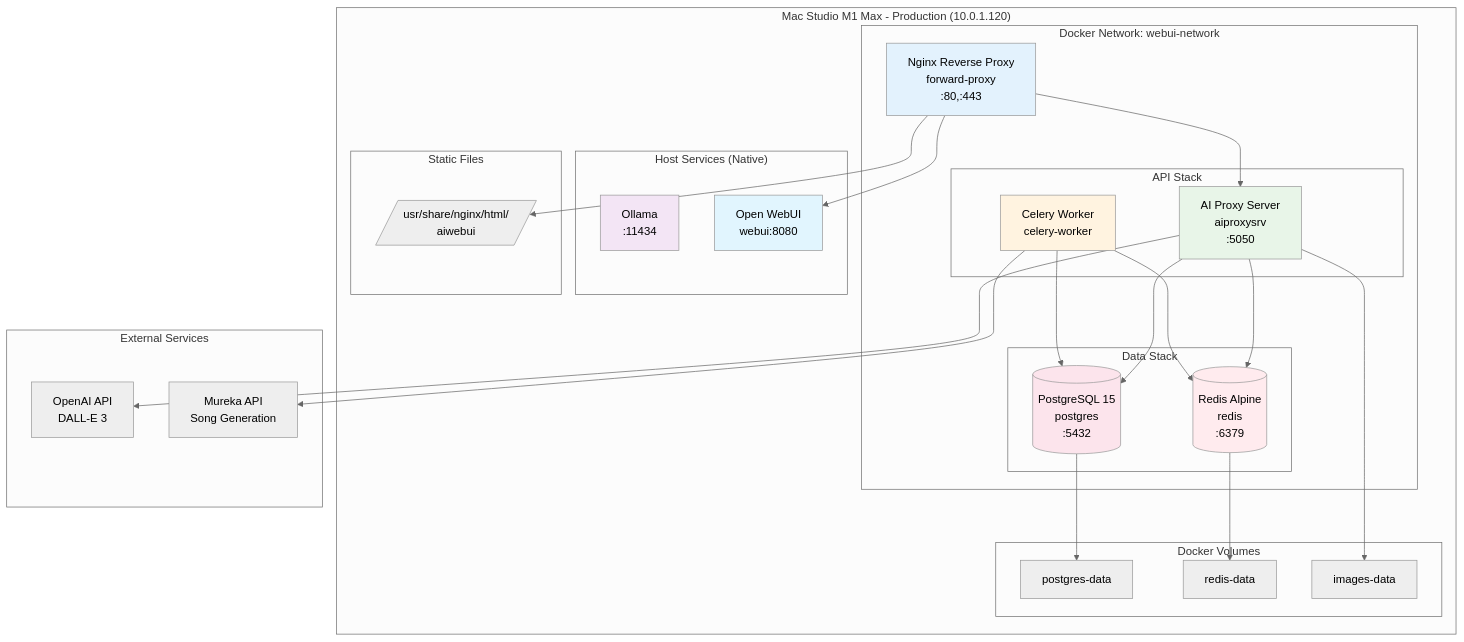
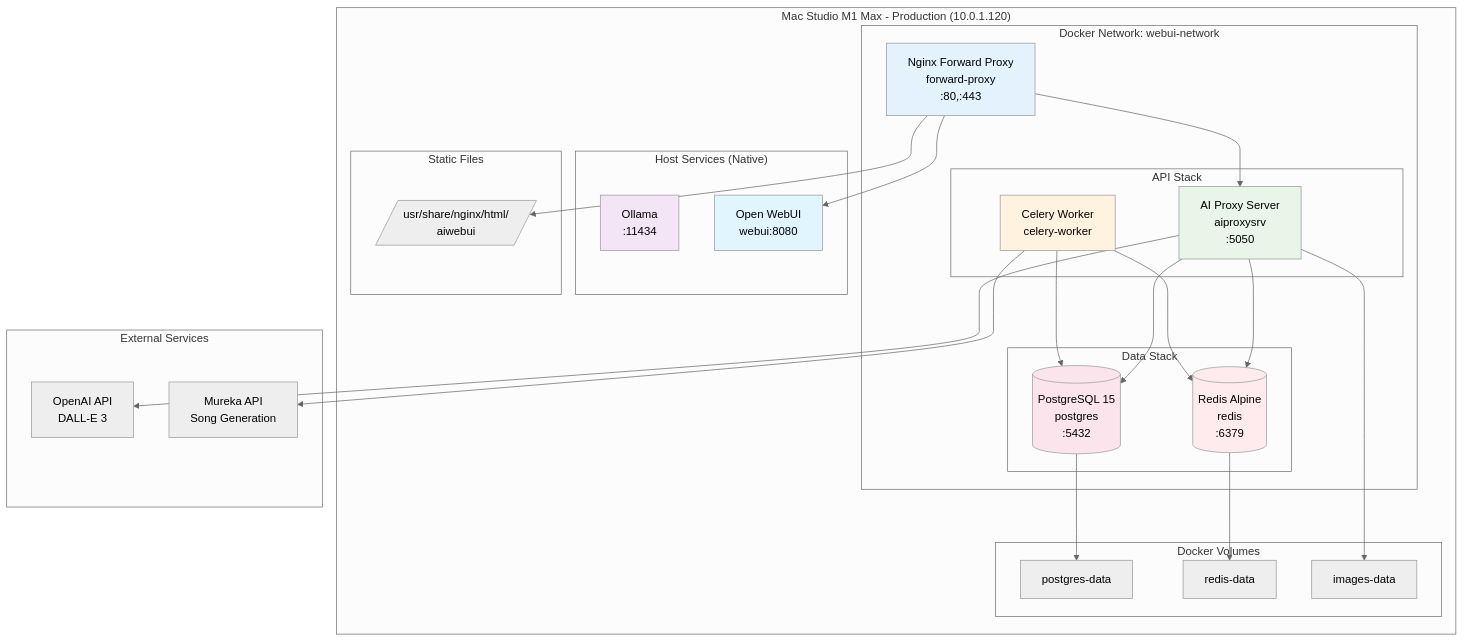
Before and after one commit to rwellinger/thwelly_ai_tools: the diagram in docs/9.2_produktions_deployment.mmd, drawn with Mermaid (neutral theme). The commit also changed 9 other files, not shown here.

```diff
--- a/docs/9.2_produktions_deployment.mmd
+++ b/docs/9.2_produktions_deployment.mmd
@@ -1,60 +1,60 @@
 graph TB
     subgraph "Mac Studio M1 Max - Production (10.0.1.120)"
         subgraph "Docker Network: webui-network"
-            NGINX[Nginx Reverse Proxy<br/>forward-proxy<br/>:80,:443]
+            NGINX[Nginx Forward Proxy<br/>forward-proxy<br/>:80,:443]
 
             subgraph "API Stack"
                 API_CONTAINER[AI Proxy Server<br/>aiproxysrv<br/>:5050]
                 WORKER_CONTAINER[Celery Worker<br/>celery-worker]
             end
 
             subgraph "Data Stack"
                 PROD_PG[(PostgreSQL 15<br/>postgres<br/>:5432)]
                 PROD_REDIS[(Redis Alpine<br/>redis<br/>:6379)]
             end
         end
 
         subgraph "Host Services (Native)"
             OLLAMA_HOST[Ollama<br/>:11434]
             WEBUI_HOST[Open WebUI<br/>webui:8080]
         end
 
         subgraph "Docker Volumes"
             PG_VOL[postgres-data]
             REDIS_VOL[redis-data]
             IMG_VOL[images-data]
         end
 
         subgraph "Static Files"
             STATIC[/usr/share/nginx/html/<br/>aiwebui/]
         end
     end
 
     subgraph "External Services"
         OPENAI_EXT[OpenAI API<br/>DALL-E 3]
         MUREKA_EXT[Mureka API<br/>Song Generation]
     end
 
     NGINX --> API_CONTAINER
     NGINX --> WEBUI_HOST
     NGINX --> STATIC
 
     API_CONTAINER --> PROD_PG
     API_CONTAINER --> PROD_REDIS
     API_CONTAINER --> OPENAI_EXT
 
     WORKER_CONTAINER --> PROD_REDIS
     WORKER_CONTAINER --> PROD_PG
     WORKER_CONTAINER --> MUREKA_EXT
 
     PROD_PG --> PG_VOL
     PROD_REDIS --> REDIS_VOL
     API_CONTAINER --> IMG_VOL
 
     style NGINX fill:#e3f2fd
     style API_CONTAINER fill:#e8f5e8
     style WORKER_CONTAINER fill:#fff3e0
     style PROD_PG fill:#fce4ec
     style PROD_REDIS fill:#ffebee
     style OLLAMA_HOST fill:#f3e5f5
     style WEBUI_HOST fill:#e1f5fe
```
